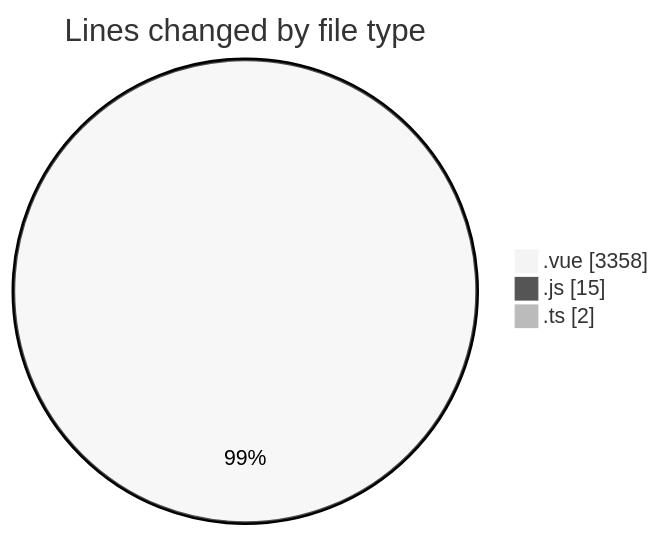
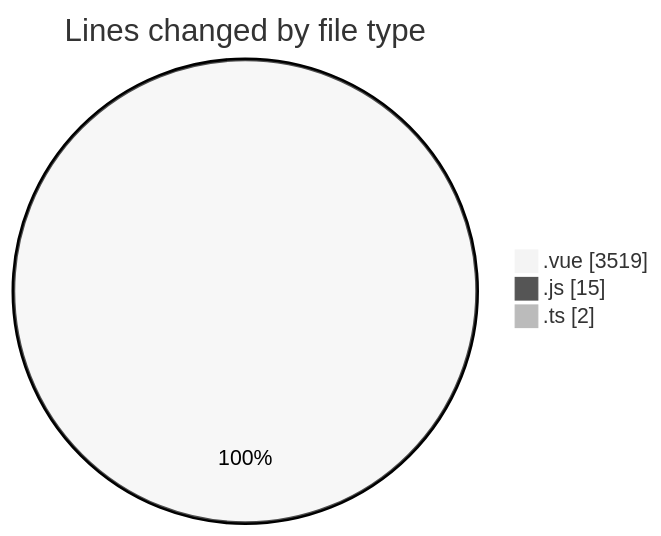
One commit to robertbonfada/code-tracking changed the first of 2 diagrams in 2025-03-14/lumine-web/README.md. Above: the diagram before and after it, drawn with Mermaid (neutral theme). The commit also changed other lines of this file and 1 other file, not shown here.

````diff
--- a/2025-03-14/lumine-web/README.md
+++ b/2025-03-14/lumine-web/README.md
@@ -33,7 +34,7 @@
 ```mermaid
 pie showData
 title Lines changed by file type
-".vue" : 3358
+".vue" : 3519
 ".js" : 15
 ".ts" : 2
 ```
````
